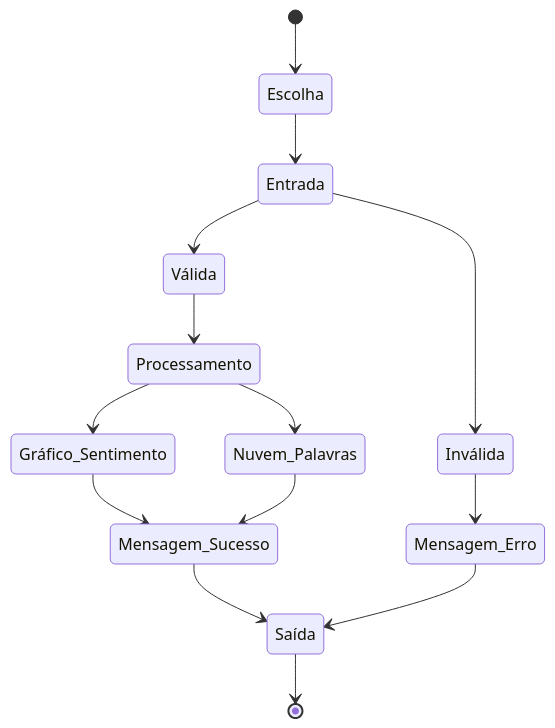
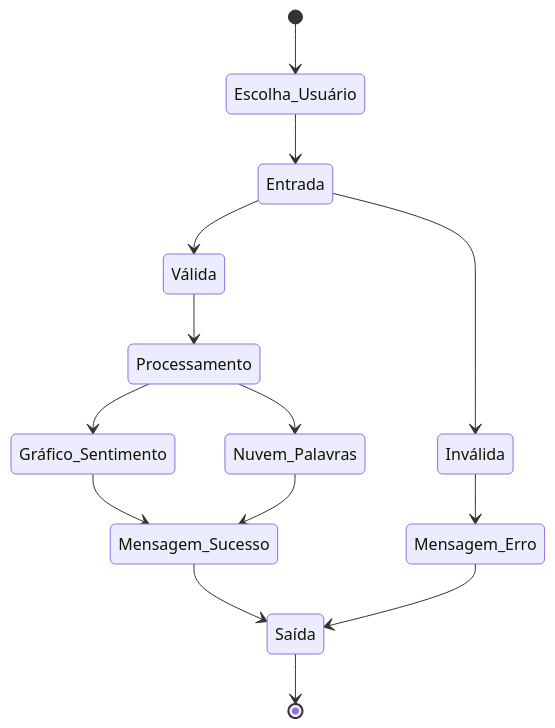
Before and after one commit to atlantico-academy/twitter-sentiment-analysis: the diagram in README.md, drawn with Mermaid.

````diff
--- a/README.md
+++ b/README.md
@@ -6,16 +6,16 @@
 ```mermaid
 stateDiagram-v2
-    	[*] --> Escolha
-	Escolha --> Entrada
+    	[*] --> Escolha_Usuário
+	Escolha_Usuário --> Entrada
 	Entrada --> Válida
     	Válida --> Processamento
 	Processamento --> Gráfico_Sentimento
 	Processamento --> Nuvem_Palavras 
 	Gráfico_Sentimento --> Mensagem_Sucesso
 	Nuvem_Palavras --> Mensagem_Sucesso
 	Mensagem_Sucesso --> Saída
     	Entrada --> Inválida
     	Inválida --> Mensagem_Erro
 	Mensagem_Erro --> Saída
 	Saída --> [*]
 ```
````
